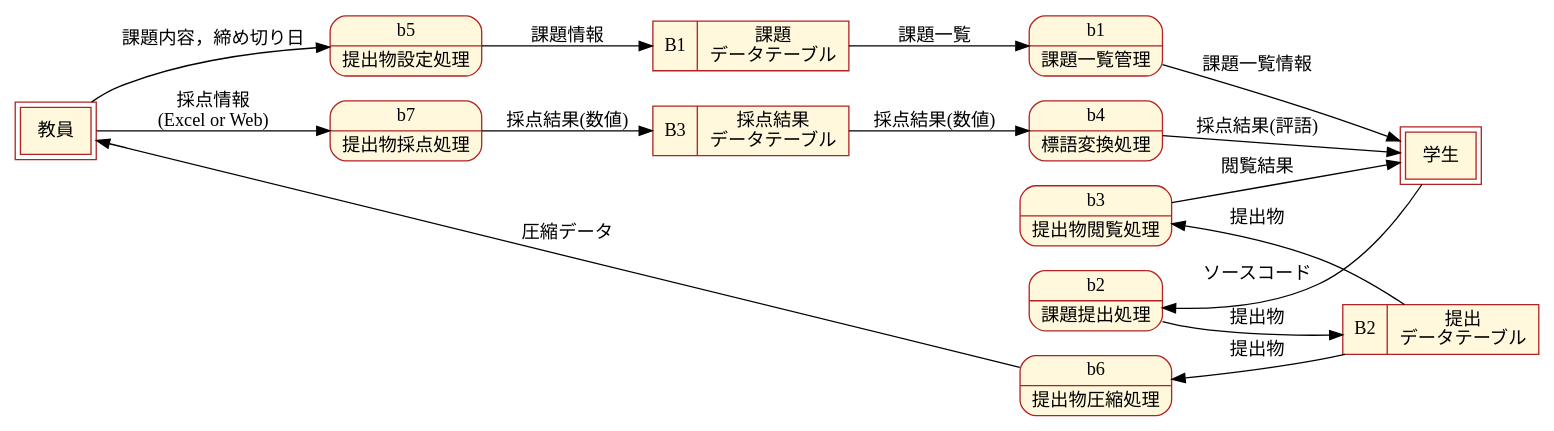
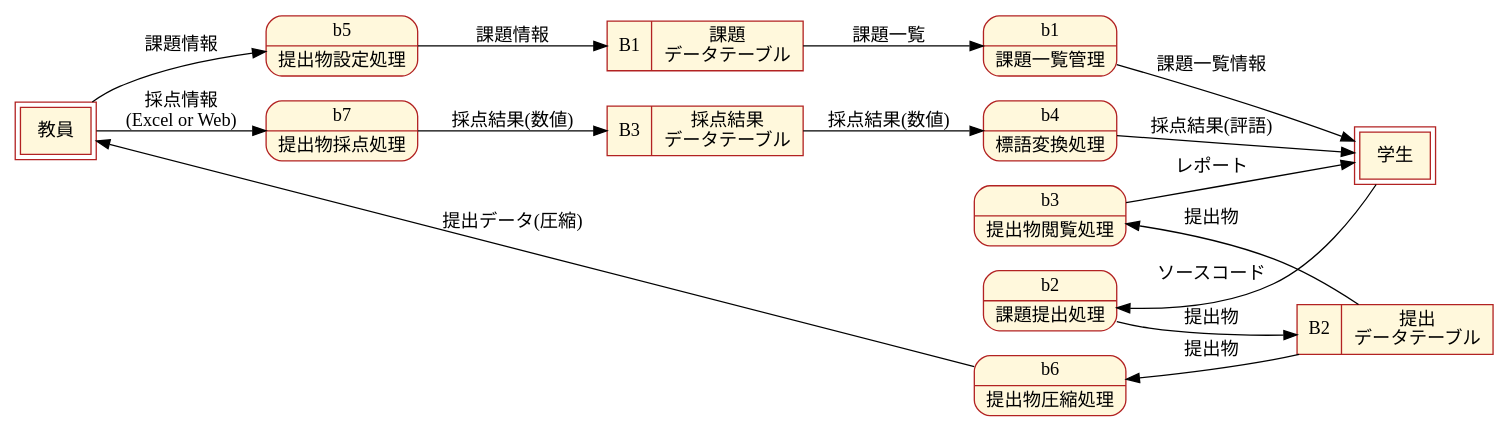
Before and after one commit to kumokumo1653/softwareEngineering: the diagram in reportSystem/Level2B.dot, drawn with Graphviz. The commit also changed 5 other files, not shown here.

```diff
--- a/reportSystem/Level2B.dot
+++ b/reportSystem/Level2B.dot
@@ -1,148 +1,148 @@
 digraph dfd {
   graph [fontname = "MS Gothic",
   rankdir = LR];
   node [fontname = "MS Gothic", style = "filled", fillcolor = cornsilk, color = firebrick];
   edge [fontname = "MS Gothic"];
 
   student [
     label = "学生",
     shape = box,
     peripheries = 2
   ];
 
   teacher [
     label = "教員",
     shape = box,
     peripheries = 2
   ];
 
 
   taskBase [
     label = "{<id> B1 |<label> 課題\nデータテーブル}",
     shape=record
   ];
 
   submitBase [
     label = "{<id> B2 |<label> 提出\nデータテーブル}",
     shape=record
   ];
 
   resultBase [
     label = "{<id> B3 |<label> 採点結果\nデータテーブル}",
     shape=record
   ];
 
   viewTask [
     label = "<id> b1|<label> 課題一覧管理",
     shape = record,
     style = "rounded,filled",
     fillcolor = cornsilk
   ];
 
   submit [
     label = "<id> b2|<label> 課題提出処理",
     shape = record,
     style = "rounded,filled",
     fillcolor = cornsilk
   ]; 
 
   viewProg [
     label = "<id> b3|<label> 提出物閲覧処理",
     shape = record,
     style = "rounded,filled",
     fillcolor = cornsilk
   ];
 
   resultProcess [
     label = "<id> b4|<label> 標語変換処理",
     shape = record,
     style = "rounded,filled",
     fillcolor = cornsilk
   ]
 
   setTask [
     label = "<id> b5|<label> 提出物設定処理",
     shape = record,
     style = "rounded,filled",
     fillcolor = cornsilk
   ];
   
   getTask [
     label = "<id> b6|<label> 提出物圧縮処理",
     shape = record,
     style = "rounded,filled",
     fillcolor = cornsilk
   ];
 
   scoreTask [
     label = "<id> b7|<label> 提出物採点処理",
     shape = record,
     style = "rounded,filled",
     fillcolor = cornsilk
   ];
 
   viewTask -> student[
     label="課題一覧情報"
   ];
 
 
   taskBase -> viewTask[
     label="課題一覧"
   ];
 
 
   student -> submit [
     label = "ソースコード"
   ];
 
   submit -> submitBase [
     label = "提出物"
   ];
 
   submitBase -> viewProg [
     label = "提出物"
   ];
 
   viewProg -> student [
-    label = "閲覧結果"
+    label = "レポート"
   ]
 
   resultBase -> resultProcess[
     label = "採点結果(数値)";
   ];
 
   resultProcess -> student[
     label = "採点結果(評語)";
   ]
 
 
   teacher -> setTask[
-    label = "課題内容，締め切り日";
+    label = "課題情報";
   ];
 
   setTask -> taskBase[
     label = "課題情報";
   ];
 
   submitBase -> getTask[
     label = "提出物";
   ];
 
   getTask -> teacher[
-    label = "圧縮データ";
+    label = "提出データ(圧縮)";
   ];
 
   teacher -> scoreTask [
     label = "採点情報\n(Excel or Web)";
   ];
 
   scoreTask -> resultBase [
     label = "採点結果(数値)";
   ];
 
 
   {rank = max; student;}
   {rank = min; teacher;}
   {rank = same; viewTask; submit; getTask; viewProg; resultProcess;}
   {rank = same; setTask; scoreTask;}
 }
```
